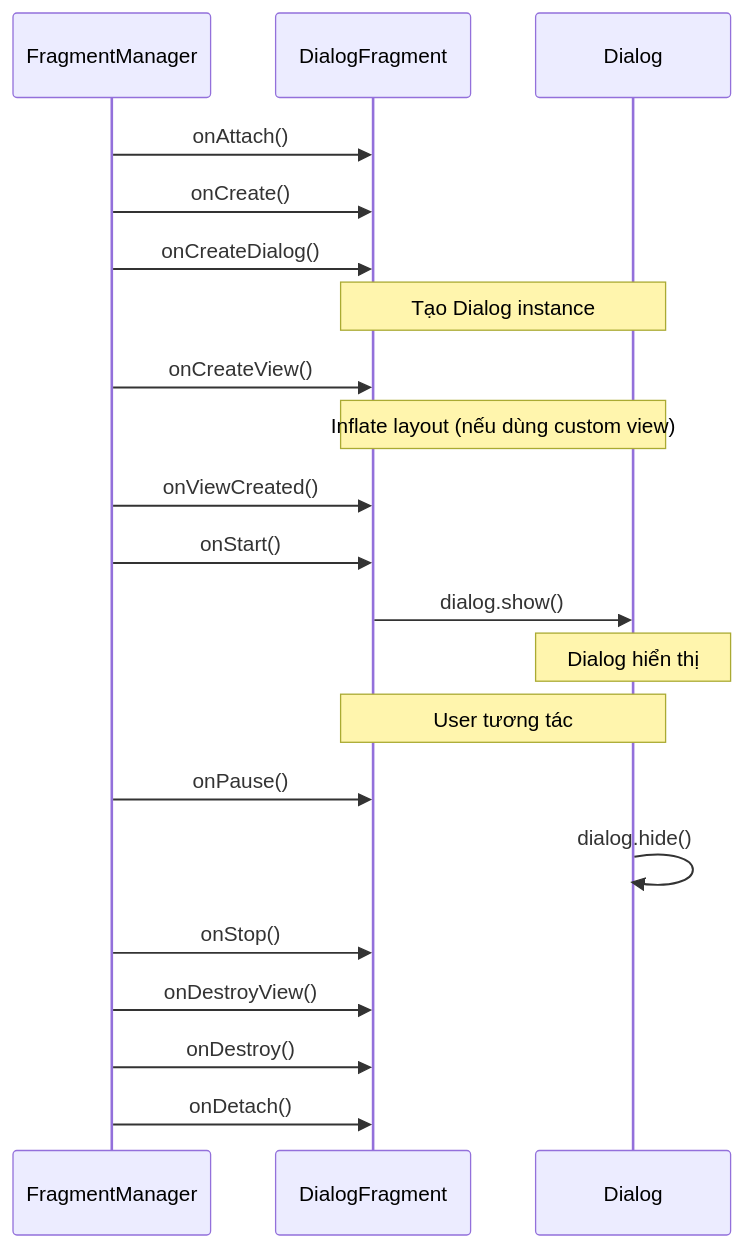
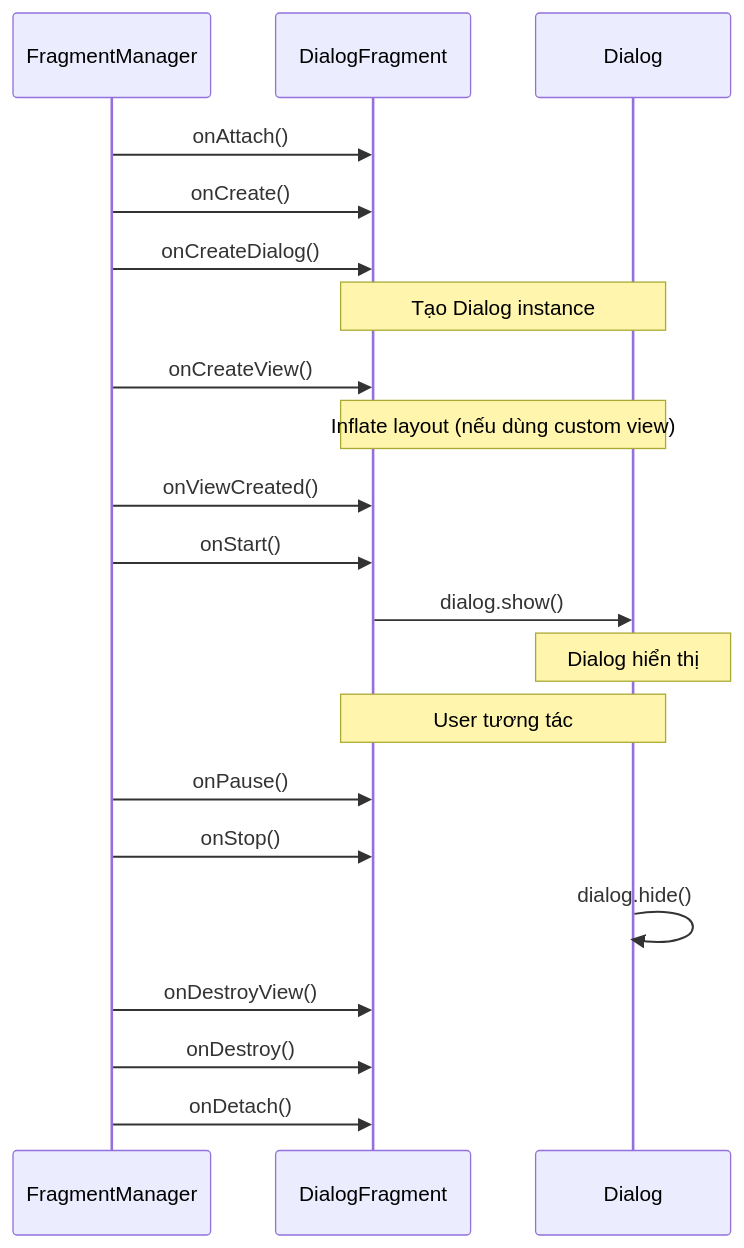
The second of 4 diagrams in knowledge/android/docs/session_04/components/fragment/dialog_and_dialogfragment.md (h1eu/knowledge), drawn with Mermaid before and after one commit. The commit also changed other lines of this file and 76 other files, not shown here.

First line of the commit message:
docs(android): add Compose Overview, fix S01–S05 facts and diagrams

````diff
--- a/knowledge/android/docs/session_04/components/fragment/dialog_and_dialogfragment.md
+++ b/knowledge/android/docs/session_04/components/fragment/dialog_and_dialogfragment.md
@@ -103,26 +95,26 @@
 ```mermaid
 sequenceDiagram
     participant FM as FragmentManager
     participant DF as DialogFragment
     participant D as Dialog
     
     FM->>DF: onAttach()
     FM->>DF: onCreate()
     FM->>DF: onCreateDialog()
     Note over DF,D: Tạo Dialog instance
     FM->>DF: onCreateView()
     Note over DF,D: Inflate layout (nếu dùng custom view)
     FM->>DF: onViewCreated()
     FM->>DF: onStart()
     DF->>D: dialog.show()
     Note over D: Dialog hiển thị
     
     Note over DF,D: User tương tác
     
     FM->>DF: onPause()
+    FM->>DF: onStop()
     D->>D: dialog.hide()
-    FM->>DF: onStop()
     FM->>DF: onDestroyView()
     FM->>DF: onDestroy()
     FM->>DF: onDetach()
 ```
````
